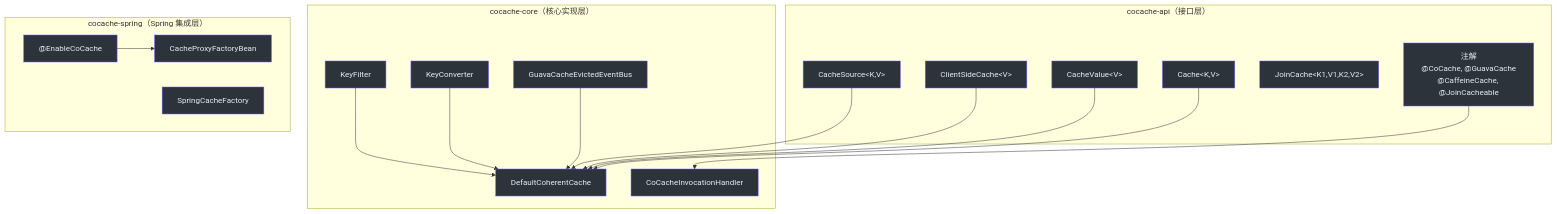
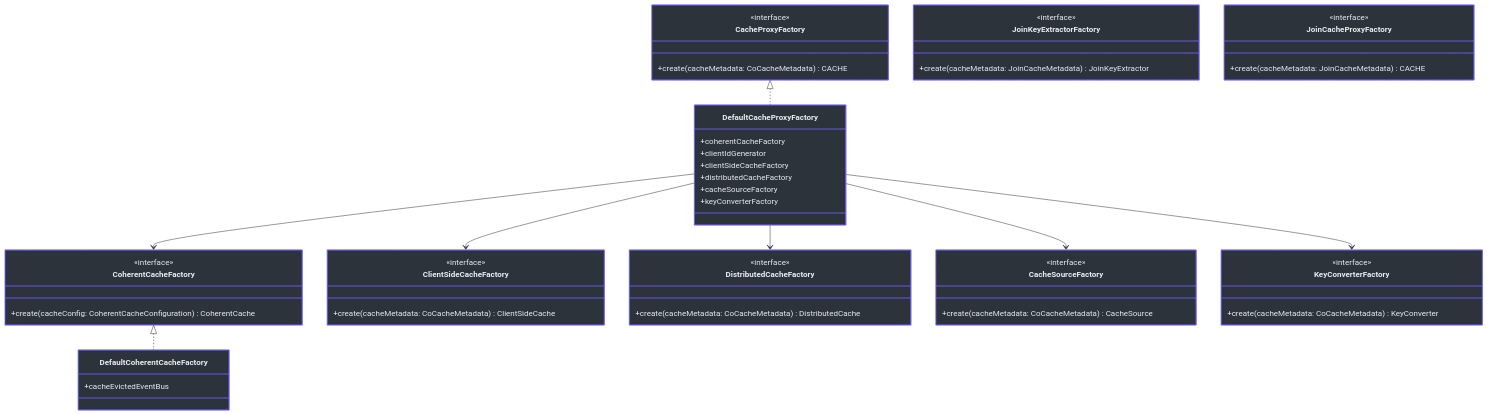
One commit to Ahoo-Wang/CoCache changed the fifth of 5 diagrams in wiki/zh/api/index.md. Above: the diagram before and after it, drawn with Mermaid. The commit also changed other lines of this file and 25 other files, not shown here.

````diff
--- a/wiki/zh/api/index.md
+++ b/wiki/zh/api/index.md
@@ -12,50 +239,68 @@
 ```mermaid
-graph TB
-    subgraph sg_104 ["cocache-api（接口层）"]
-        Cache["Cache&lt;K,V&gt;"]
-        CacheValue["CacheValue&lt;V&gt;"]
-        CSC["ClientSideCache&lt;V&gt;"]
-        CS["CacheSource&lt;K,V&gt;"]
-        JC["JoinCache&lt;K1,V1,K2,V2&gt;"]
-        Annotations["注解<br>@CoCache, @GuavaCache<br>@CaffeineCache, @JoinCacheable"]
-    end
+classDiagram
+    direction TB
 
-    subgraph sg_105 ["cocache-core（核心实现层）"]
-        DCC["DefaultCoherentCache"]
-        Proxy["CoCacheInvocationHandler"]
-        EB["GuavaCacheEvictedEventBus"]
-        KC["KeyConverter"]
-        KF["KeyFilter"]
-    end
+    class CacheProxyFactory {
+        <<interface>>
+        +create(cacheMetadata: CoCacheMetadata) CACHE
+    }
+    class CoherentCacheFactory {
+        <<interface>>
+        +create(cacheConfig: CoherentCacheConfiguration) CoherentCache
+    }
+    class ClientSideCacheFactory {
+        <<interface>>
+        +create(cacheMetadata: CoCacheMetadata) ClientSideCache
+    }
+    class DistributedCacheFactory {
+        <<interface>>
+        +create(cacheMetadata: CoCacheMetadata) DistributedCache
+    }
+    class CacheSourceFactory {
+        <<interface>>
+        +create(cacheMetadata: CoCacheMetadata) CacheSource
+    }
+    class KeyConverterFactory {
+        <<interface>>
+        +create(cacheMetadata: CoCacheMetadata) KeyConverter
+    }
+    class JoinKeyExtractorFactory {
+        <<interface>>
+        +create(cacheMetadata: JoinCacheMetadata) JoinKeyExtractor
+    }
+    class JoinCacheProxyFactory {
+        <<interface>>
+        +create(cacheMetadata: JoinCacheMetadata) CACHE
+    }
 
-    subgraph sg_106 ["cocache-spring（Spring 集成层）"]
-        EnableCoCache["@EnableCoCache"]
-        FBF["CacheProxyFactoryBean"]
-        SCF["SpringCacheFactory"]
-    end
+    class DefaultCacheProxyFactory {
+        +coherentCacheFactory
+        +clientIdGenerator
+        +clientSideCacheFactory
+        +distributedCacheFactory
+        +cacheSourceFactory
+        +keyConverterFactory
+    }
+    class DefaultCoherentCacheFactory {
+        +cacheEvictedEventBus
+    }
 
-    Cache --> DCC
-    CacheValue --> DCC
-    CSC --> DCC
-    CS --> DCC
-    Annotations --> Proxy
-    EB --> DCC
-    KC --> DCC
-    KF --> DCC
-    EnableCoCache --> FBF
+    CacheProxyFactory <|.. DefaultCacheProxyFactory
+    CoherentCacheFactory <|.. DefaultCoherentCacheFactory
+    DefaultCacheProxyFactory --> CoherentCacheFactory
+    DefaultCacheProxyFactory --> ClientSideCacheFactory
+    DefaultCacheProxyFactory --> DistributedCacheFactory
+    DefaultCacheProxyFactory --> CacheSourceFactory
+    DefaultCacheProxyFactory --> KeyConverterFactory
 
-    style Cache fill:#2d333b,stroke:#6d5dfc,color:#e6edf3
-    style CacheValue fill:#2d333b,stroke:#6d5dfc,color:#e6edf3
-    style CSC fill:#2d333b,stroke:#6d5dfc,color:#e6edf3
-    style CS fill:#2d333b,stroke:#6d5dfc,color:#e6edf3
-    style JC fill:#2d333b,stroke:#6d5dfc,color:#e6edf3
-    style Annotations fill:#2d333b,stroke:#6d5dfc,color:#e6edf3
-    style DCC fill:#2d333b,stroke:#6d5dfc,color:#e6edf3
-    style Proxy fill:#2d333b,stroke:#6d5dfc,color:#e6edf3
-    style EB fill:#2d333b,stroke:#6d5dfc,color:#e6edf3
-    style KC fill:#2d333b,stroke:#6d5dfc,color:#e6edf3
-    style KF fill:#2d333b,stroke:#6d5dfc,color:#e6edf3
-    style EnableCoCache fill:#2d333b,stroke:#6d5dfc,color:#e6edf3
-    style FBF fill:#2d333b,stroke:#6d5dfc,color:#e6edf3
-    style SCF fill:#2d333b,stroke:#6d5dfc,color:#e6edf3
+    style CacheProxyFactory fill:#2d333b,stroke:#6d5dfc,color:#e6edf3
+    style CoherentCacheFactory fill:#2d333b,stroke:#6d5dfc,color:#e6edf3
+    style ClientSideCacheFactory fill:#2d333b,stroke:#6d5dfc,color:#e6edf3
+    style DistributedCacheFactory fill:#2d333b,stroke:#6d5dfc,color:#e6edf3
+    style CacheSourceFactory fill:#2d333b,stroke:#6d5dfc,color:#e6edf3
+    style KeyConverterFactory fill:#2d333b,stroke:#6d5dfc,color:#e6edf3
+    style JoinKeyExtractorFactory fill:#2d333b,stroke:#6d5dfc,color:#e6edf3
+    style JoinCacheProxyFactory fill:#2d333b,stroke:#6d5dfc,color:#e6edf3
+    style DefaultCacheProxyFactory fill:#2d333b,stroke:#6d5dfc,color:#e6edf3
+    style DefaultCoherentCacheFactory fill:#2d333b,stroke:#6d5dfc,color:#e6edf3
 ```
````
